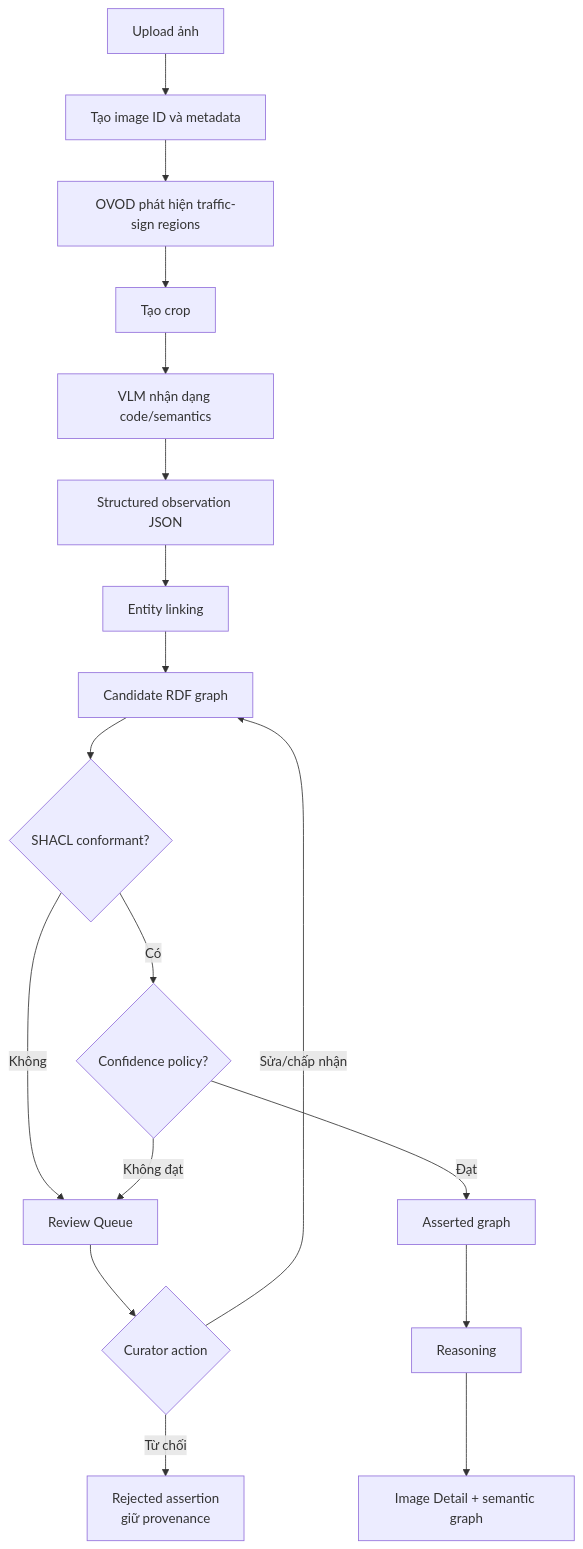
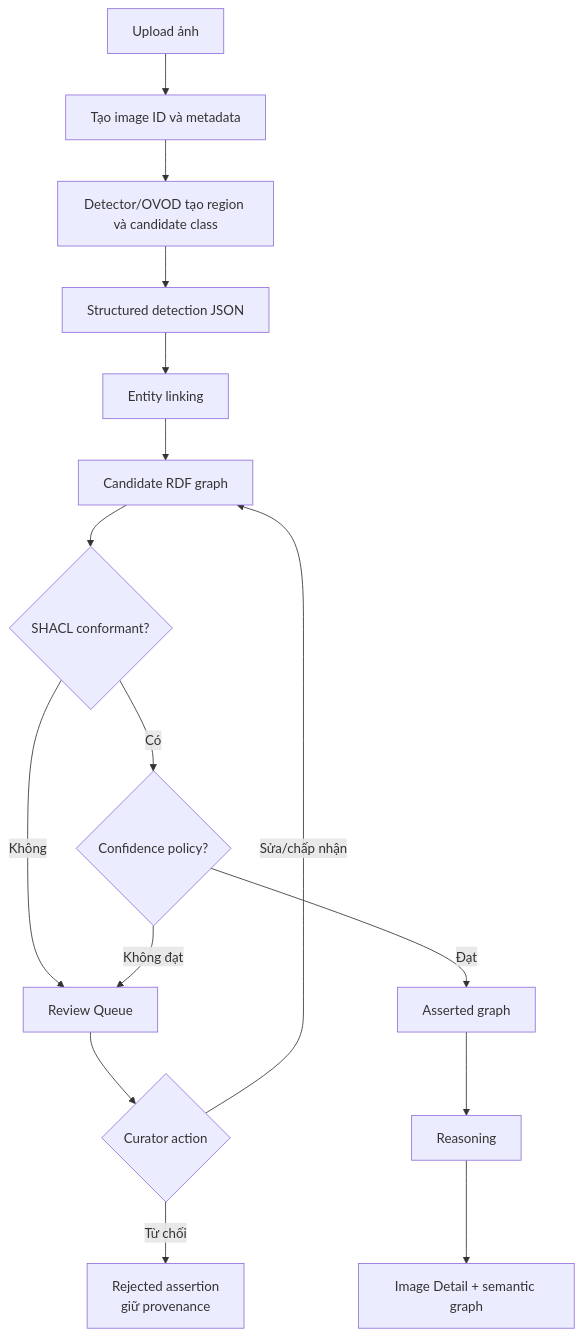
One commit to khoatran02/Ontology-COKB-Biomedical-Code-Mapping changed diagram 15 of 16 in docs/Ontology-Grounded-Traffic-Sign-Knowledge-Graph-Proposal.md. Above: the diagram before and after it, drawn with Mermaid. The commit also changed other lines of this file and 71 other files, not shown here.

````diff
--- a/docs/Ontology-Grounded-Traffic-Sign-Knowledge-Graph-Proposal.md
+++ b/docs/Ontology-Grounded-Traffic-Sign-Knowledge-Graph-Proposal.md
@@ -2057,23 +2044,21 @@
 ```mermaid
 flowchart TD
     U["Upload ảnh"] --> META["Tạo image ID và metadata"]
-    META --> OVOD["OVOD phát hiện traffic-sign regions"]
-    OVOD --> CROP["Tạo crop"]
-    CROP --> VLM["VLM nhận dạng code/semantics"]
-    VLM --> JSON["Structured observation JSON"]
+    META --> OVOD["Detector/OVOD tạo region và candidate class"]
+    OVOD --> JSON["Structured detection JSON"]
     JSON --> LINK["Entity linking"]
     LINK --> RDF["Candidate RDF graph"]
     RDF --> SHACL{"SHACL conformant?"}
 
     SHACL -->|"Không"| REVIEW["Review Queue"]
     SHACL -->|"Có"| POLICY{"Confidence policy?"}
     POLICY -->|"Không đạt"| REVIEW
     POLICY -->|"Đạt"| ASSERTED["Asserted graph"]
 
     REVIEW --> ACTION{"Curator action"}
     ACTION -->|"Sửa/chấp nhận"| RDF
     ACTION -->|"Từ chối"| REJECTED["Rejected assertion<br/>giữ provenance"]
 
     ASSERTED --> REASON["Reasoning"]
     REASON --> RESULT["Image Detail + semantic graph"]
 ```
````
